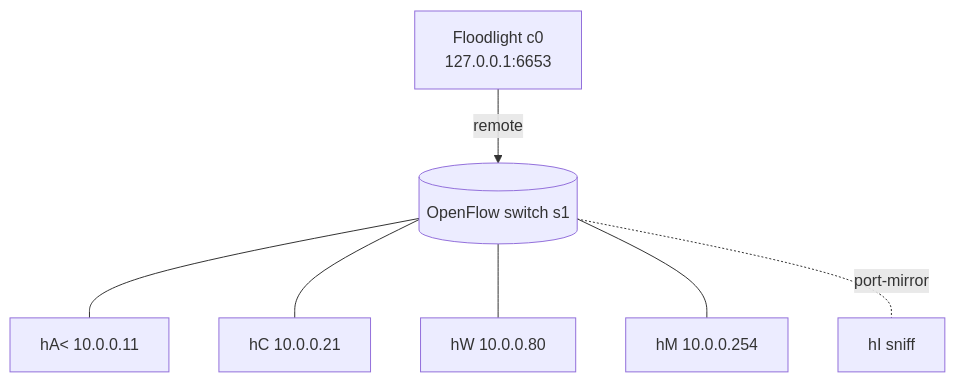
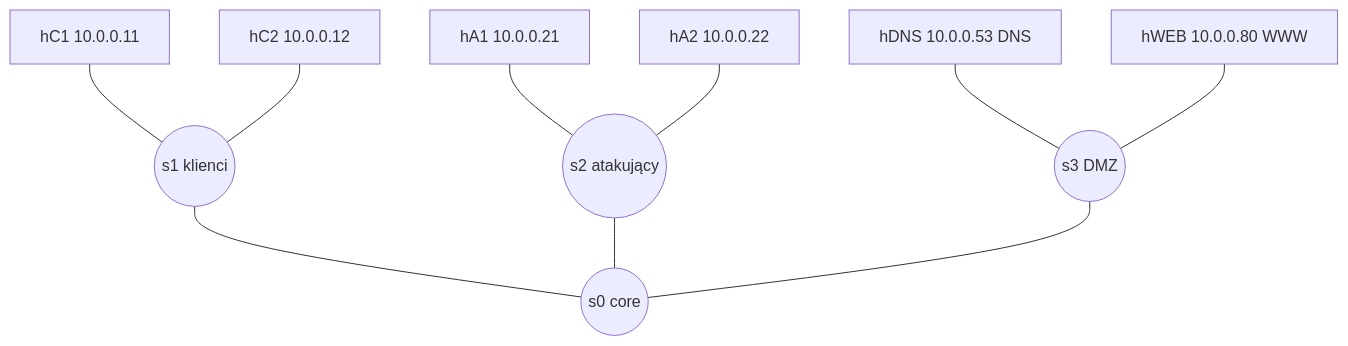
One commit to ironnext22/SSP changed the diagram in README.md. Above: the diagram before and after it, drawn with Mermaid. The commit also changed other lines of this file and 1 other file, not shown here.

Commit message:
Updated README and added python script for described topology

````diff
--- a/README.md
+++ b/README.md
@@ -3,22 +3,36 @@
 ```mermaid
 graph TD
-  %% Controller & switch
-  c0[Floodlight c0<br/>127.0.0.1:6653]
-  s1[(OpenFlow switch s1)]
 
-  c0 -- remote --> s1
+    %% Przełączniki
+    s0((s0 core))
+    s1((s1 klienci))
+    s2((s2 atakujący))
+    s3((s3 DMZ))
 
-  %% Hosts
-  hA[hA< 10.0.0.11]
-  hC[hC 10.0.0.21]
-  hW[hW 10.0.0.80]
-  hM[hM 10.0.0.254]
-  hI[hI sniff]
+    %% Hosty klienci
+    hC1[hC1 10.0.0.11]
+    hC2[hC2 10.0.0.12]
 
-  %% Links
-  s1 --- hA
-  s1 --- hC
-  s1 --- hW
-  s1 --- hM
-  s1 -. port-mirror .- hI
+    %% Hosty atakujący
+    hA1[hA1 10.0.0.21]
+    hA2[hA2 10.0.0.22]
+
+    %% Hosty DMZ
+    hDNS[hDNS 10.0.0.53 DNS]
+    hWEB[hWEB 10.0.0.80 WWW]
+
+    %% Połączenia hostów z przełącznikami
+    hC1 --- s1
+    hC2 --- s1
+
+    hA1 --- s2
+    hA2 --- s2
+
+    hDNS --- s3
+    hWEB --- s3
+
+    %% Połączenia między przełącznikami (core)
+    s1 --- s0
+    s2 --- s0
+    s3 --- s0
 ```
````
